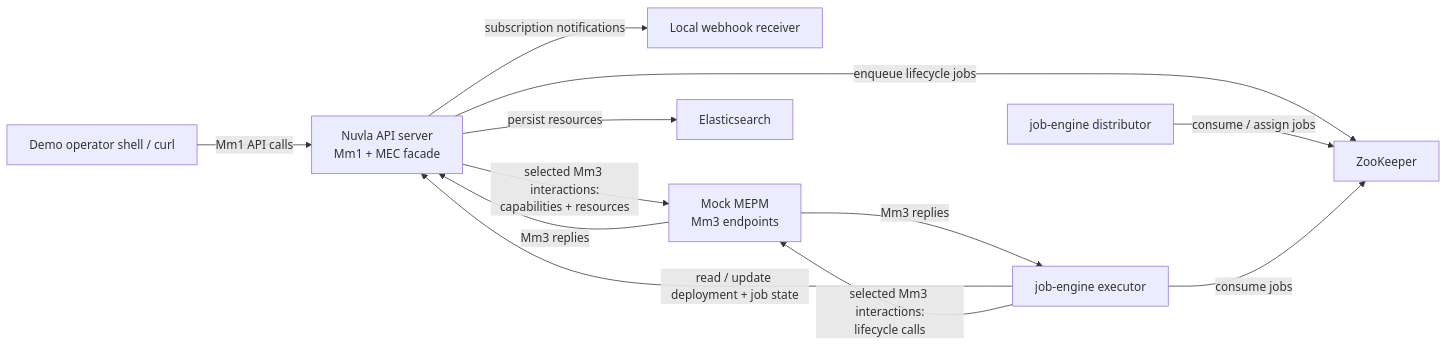
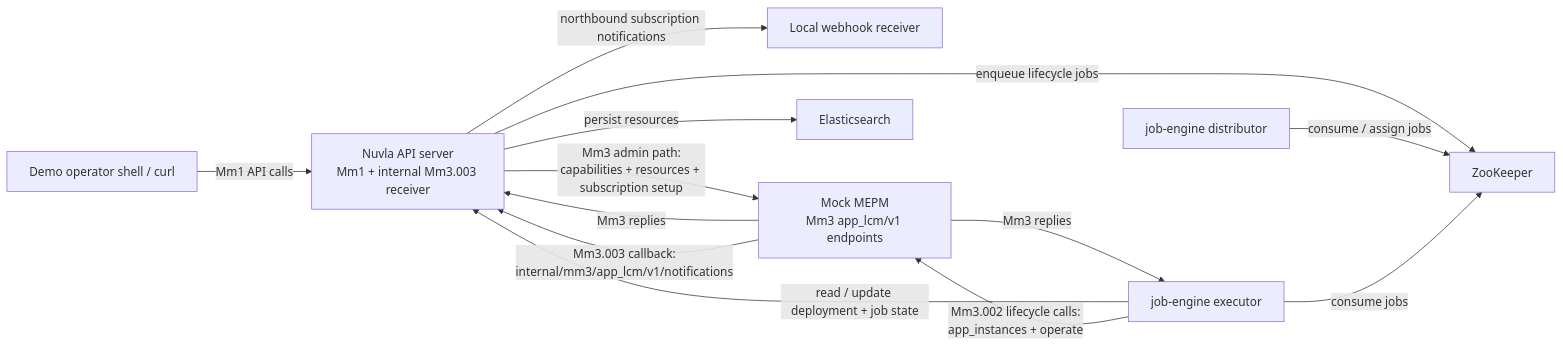
One commit to nuvla/api-server changed the diagram in docs/5g-emerge/ETSI-MEC/submitted/Nuvla_MEC_local_demo_runbook.md. Above: the diagram before and after it, drawn with Mermaid. The commit also changed other lines of this file and 15 other files, not shown here.

First line of the commit message:
Refactor MEC subscription and notification types for ETSI compliance

````diff
--- a/docs/5g-emerge/ETSI-MEC/submitted/Nuvla_MEC_local_demo_runbook.md
+++ b/docs/5g-emerge/ETSI-MEC/submitted/Nuvla_MEC_local_demo_runbook.md
@@ -23,23 +23,24 @@
 ```mermaid
 flowchart LR
     Client["Demo operator shell / curl"]
     Webhook["Local webhook receiver"]
-    APIServer["Nuvla API server\nMm1 + MEC facade"]
+    APIServer["Nuvla API server\nMm1 + internal Mm3.003 receiver"]
     JobDistributor["job-engine distributor"]
     JobExecutor["job-engine executor"]
-    MockMEPM["Mock MEPM\nMm3 endpoints"]
+    MockMEPM["Mock MEPM\nMm3 app_lcm/v1 endpoints"]
     ES["Elasticsearch"]
     ZK["ZooKeeper"]
 
     Client -->|Mm1 API calls| APIServer
     APIServer -->|persist resources| ES
     APIServer -->|enqueue lifecycle jobs| ZK
     JobDistributor -->|consume / assign jobs| ZK
     JobExecutor -->|consume jobs| ZK
     JobExecutor -->|read / update deployment + job state| APIServer
-    APIServer -->|selected Mm3 interactions:\ncapabilities + resources| MockMEPM
-    JobExecutor -->|selected Mm3 interactions:\nlifecycle calls| MockMEPM
+    APIServer -->|Mm3 admin path:\ncapabilities + resources + subscription setup| MockMEPM
+    JobExecutor -->|Mm3.002 lifecycle calls:\napp_instances + operate| MockMEPM
     MockMEPM -->|Mm3 replies| APIServer
     MockMEPM -->|Mm3 replies| JobExecutor
-    APIServer -->|subscription notifications| Webhook
+    MockMEPM -->|Mm3.003 callback:\ninternal/mm3/app_lcm/v1/notifications| APIServer
+    APIServer -->|northbound subscription notifications| Webhook
 ```
````
